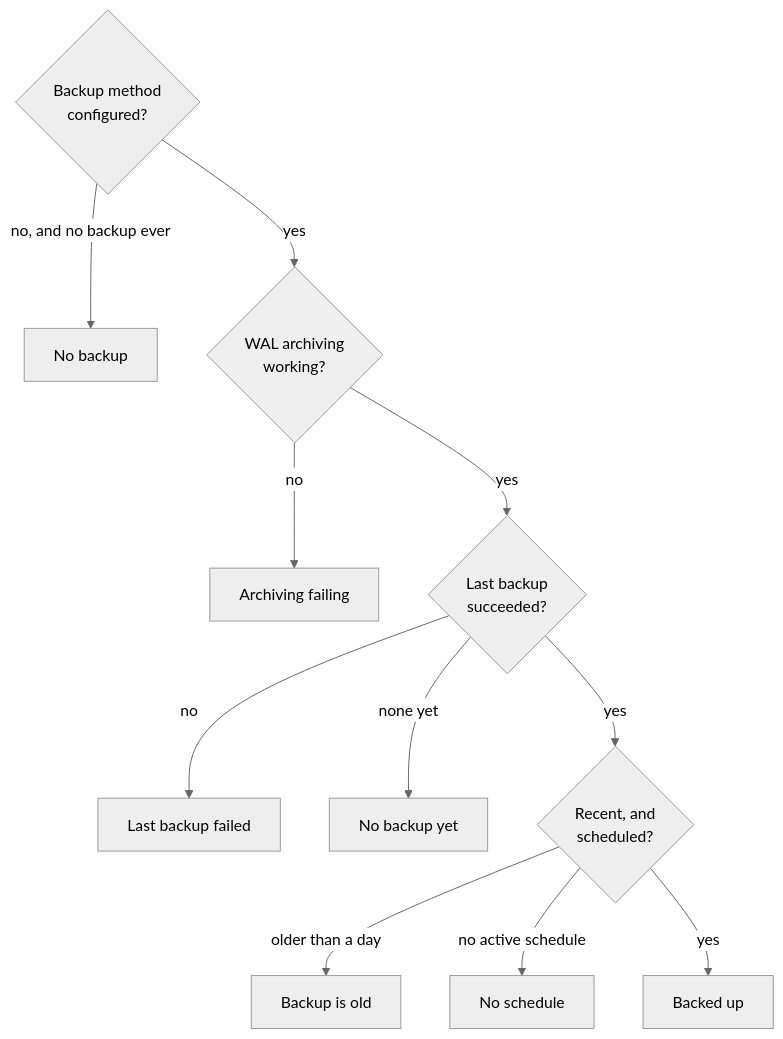
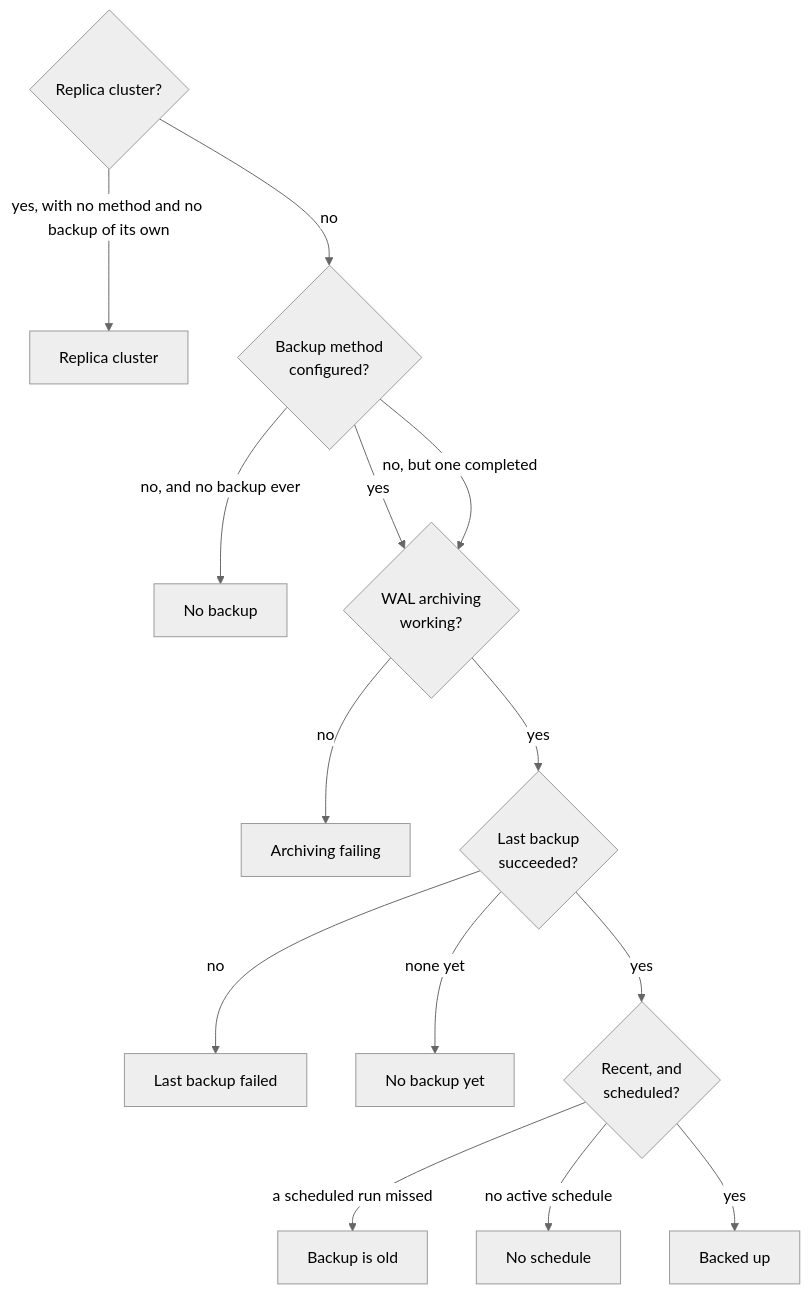
The second of 2 diagrams in docs/cnpg.md (DiegoBulhoes/freelens-addons), drawn with Mermaid (neutral theme) before and after one commit. The commit also changed other lines of this file and 185 other files, not shown here.

````diff
--- a/docs/cnpg.md
+++ b/docs/cnpg.md
@@ -48,13 +60,16 @@
 ```mermaid
 flowchart TD
+  RC{"Replica cluster?"} -->|yes, with no method and no backup of its own| REP["Replica cluster"]
+  RC -->|no| M
   M{"Backup method<br/>configured?"} -->|no, and no backup ever| NB["No backup"]
   M -->|yes| A{"WAL archiving<br/>working?"}
+  M -->|no, but one completed| A
   A -->|no| AF["Archiving failing"]
   A -->|yes| L{"Last backup<br/>succeeded?"}
   L -->|no| LF["Last backup failed"]
   L -->|none yet| NY["No backup yet"]
   L -->|yes| R{"Recent, and<br/>scheduled?"}
-  R -->|older than a day| OLD["Backup is old"]
+  R -->|a scheduled run missed| OLD["Backup is old"]
   R -->|no active schedule| NS["No schedule"]
   R -->|yes| OK["Backed up"]
 ```
````
